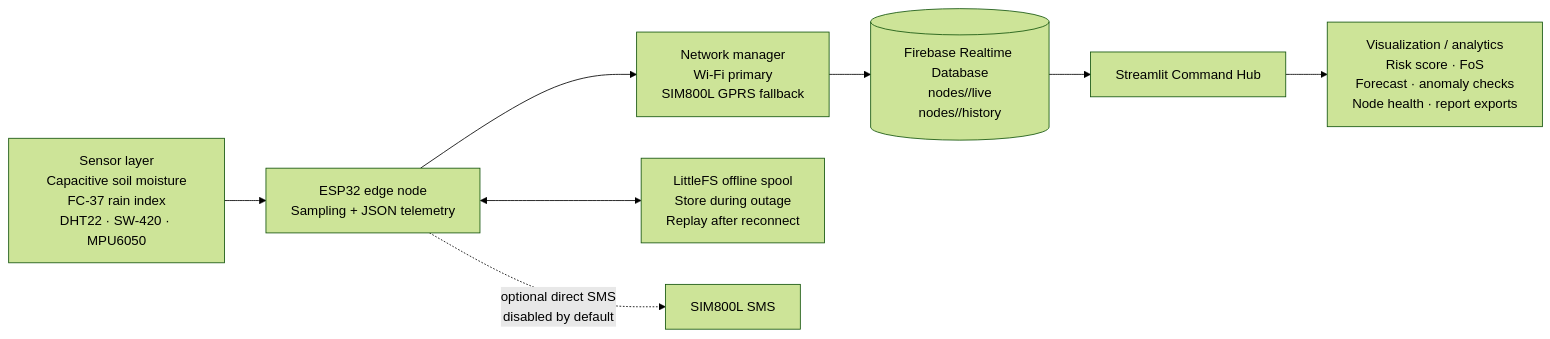
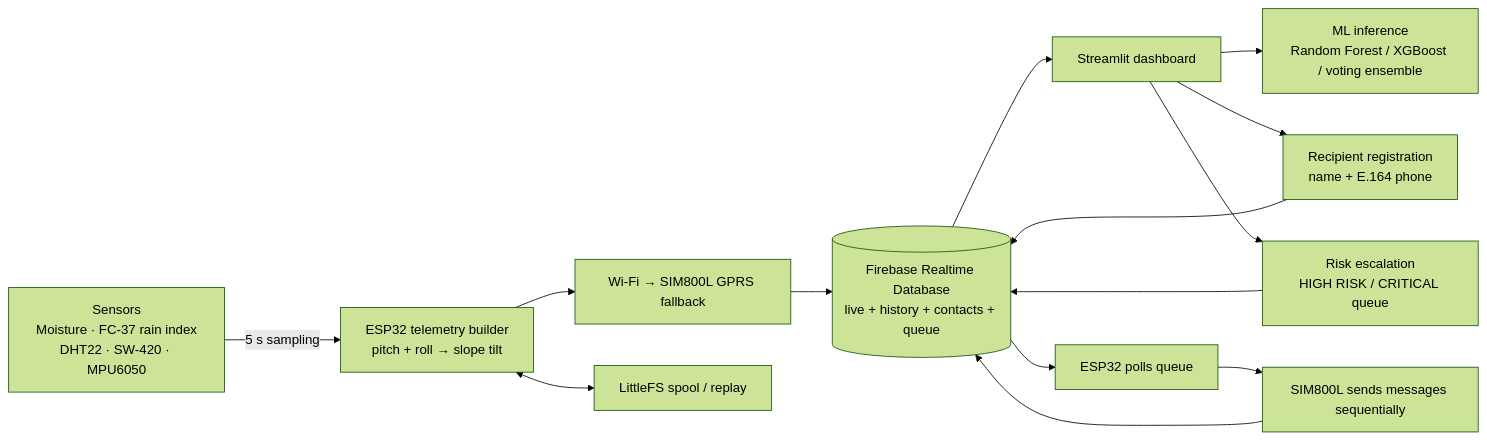
Before and after one commit to SHREYAS4678/GeoxAlert: the diagram in docs/architecture.md, drawn with Mermaid (forest theme). The commit also changed other lines of this file, not shown here.

Commit message:
Redesign GeoAlert architecture and alert lifecycle documentation

````diff
--- a/docs/architecture.md
+++ b/docs/architecture.md
@@ -3,10 +3,16 @@
 ```mermaid
 flowchart LR
-    A["Sensor layer<br/>Capacitive soil moisture<br/>FC-37 rain index<br/>DHT22 · SW-420 · MPU6050"] --> B["ESP32 edge node<br/>Sampling + JSON telemetry"]
-    B --> C["Network manager<br/>Wi-Fi primary<br/>SIM800L GPRS fallback"]
-    B <--> D["LittleFS offline spool<br/>Store during outage<br/>Replay after reconnect"]
-    C --> E[("Firebase Realtime Database<br/>nodes/<node_id>/live<br/>nodes/<node_id>/history")]
-    E --> F["Streamlit Command Hub"]
-    F --> G["Visualization / analytics<br/>Risk score · FoS<br/>Forecast · anomaly checks<br/>Node health · report exports"]
-    B -. "optional direct SMS<br/>disabled by default" .-> H["SIM800L SMS"]
+    A["Sensors<br/>Moisture · FC-37 rain index<br/>DHT22 · SW-420 · MPU6050"] -->|5 s sampling| B["ESP32 telemetry builder<br/>pitch + roll → slope tilt"]
+    B --> C["Wi-Fi → SIM800L GPRS fallback"]
+    B <--> D["LittleFS spool / replay"]
+    C --> E[("Firebase Realtime Database<br/>live + history + contacts + queue")]
+    E --> F["Streamlit dashboard"]
+    F --> G["ML inference<br/>Random Forest / XGBoost / voting ensemble"]
+    F --> H["Recipient registration<br/>name + E.164 phone"]
+    F --> I["Risk escalation<br/>HIGH RISK / CRITICAL queue"]
+    H --> E
+    I --> E
+    E --> J["ESP32 polls queue"]
+    J --> K["SIM800L sends messages sequentially"]
+    K --> E
 ```
````
